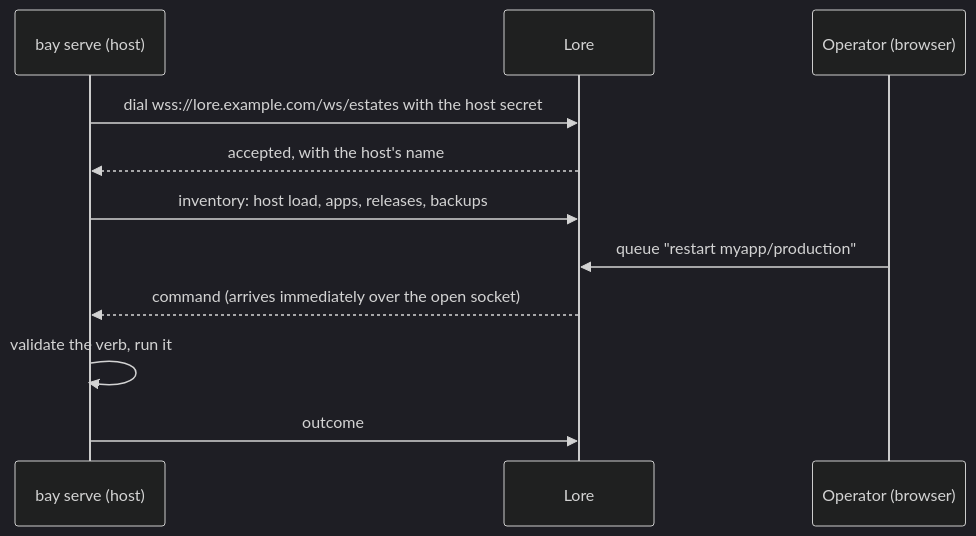
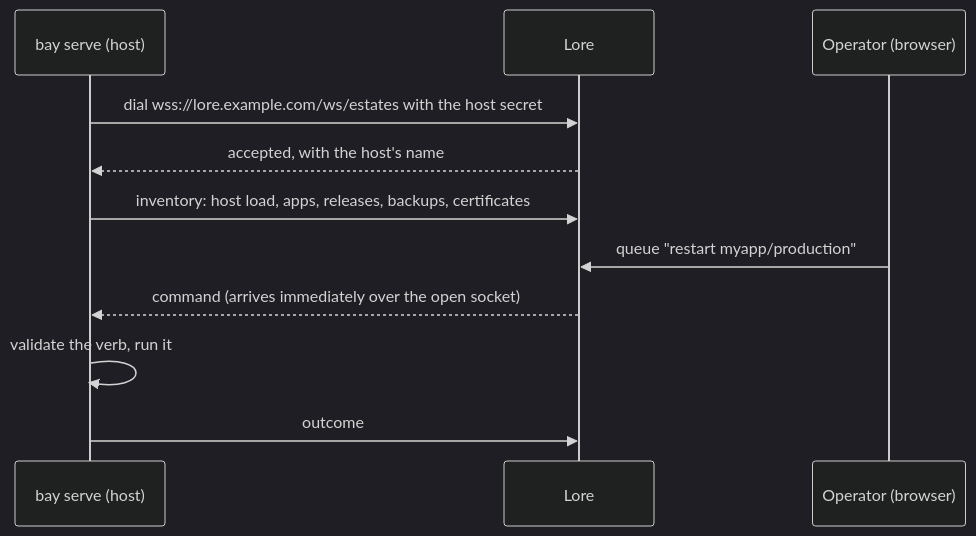
The diagram in bay/docs/1-guides/7-lore-connector.md (alepha-dev/alepha), drawn with Mermaid (dark theme) before and after one commit. The commit also changed 18 other files, not shown here.

First line of the commit message:
feat(bay): Bay reports the TLS certificates of the domains it serves, read from its own store, as host.certificates, and Lore's Certificates tile lists them beside the cert monitors #Q4441

````diff
--- a/bay/docs/1-guides/7-lore-connector.md
+++ b/bay/docs/1-guides/7-lore-connector.md
@@ -12,13 +12,13 @@
 ```mermaid
 sequenceDiagram
   participant Bay as bay serve (host)
   participant Lore
   participant You as Operator (browser)
   Bay->>Lore: dial wss://lore.example.com/ws/estates with the host secret
   Lore-->>Bay: accepted, with the host's name
-  Bay->>Lore: inventory: host load, apps, releases, backups
+  Bay->>Lore: inventory: host load, apps, releases, backups, certificates
   You->>Lore: queue "restart myapp/production"
   Lore-->>Bay: command (arrives immediately over the open socket)
   Bay->>Bay: validate the verb, run it
   Bay->>Lore: outcome
 ```
````
